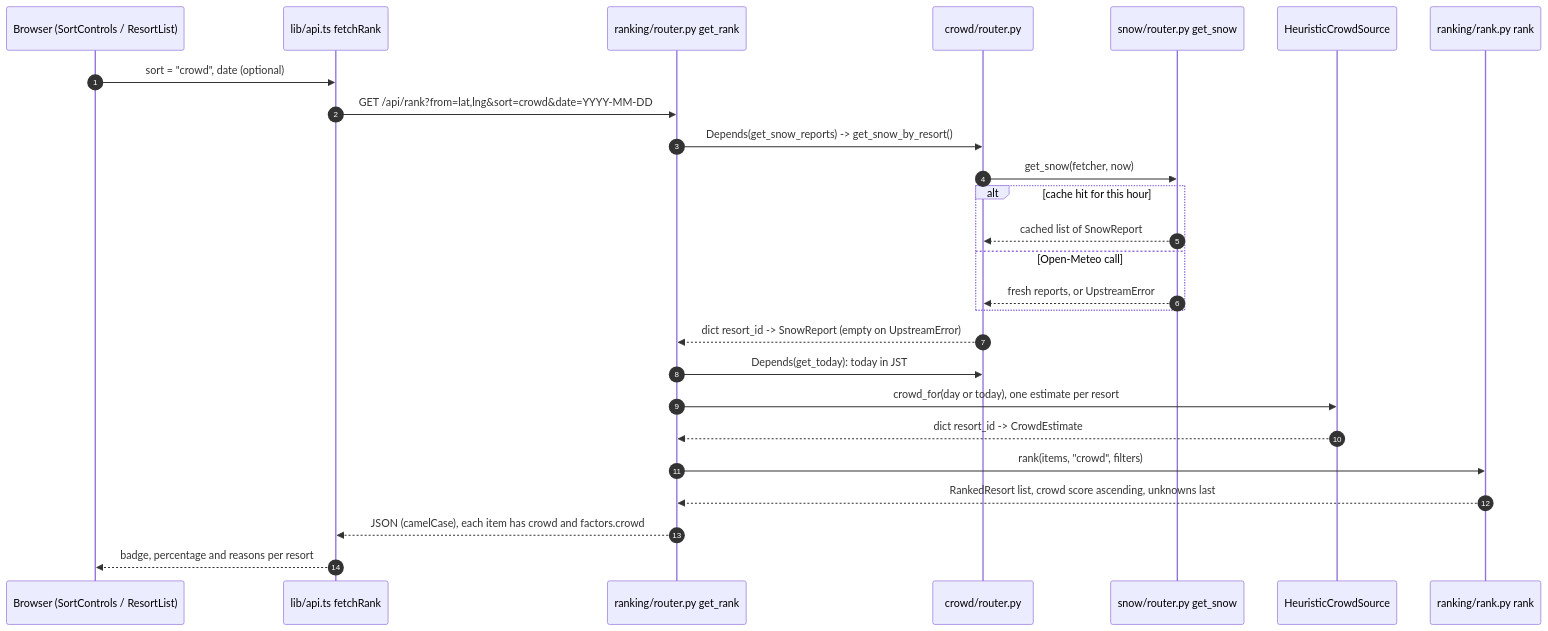
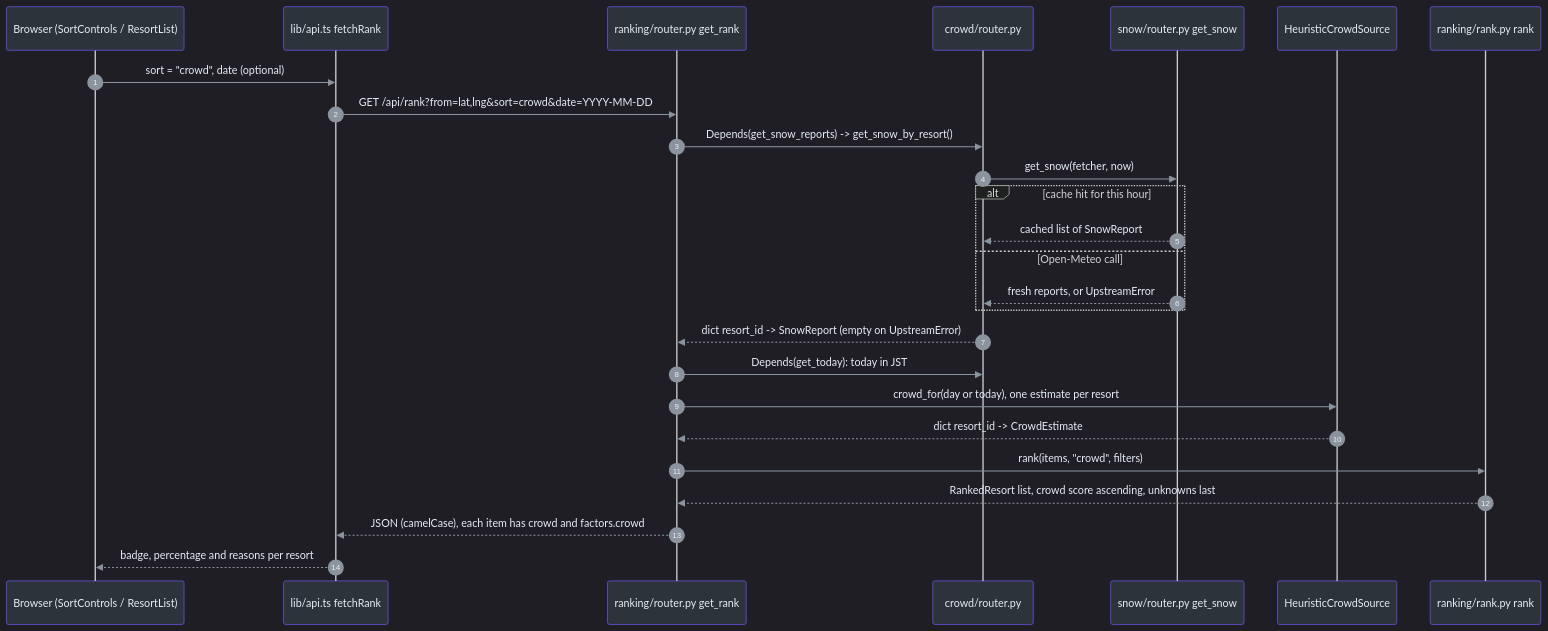
The third of 4 diagrams in docs/wiki/04-crowd/crowd-level.md (r03922123/jp_ski_map), drawn with Mermaid before and after one commit. The commit also changed other lines of this file and 3 other files, not shown here.

````diff
--- a/docs/wiki/04-crowd/crowd-level.md
+++ b/docs/wiki/04-crowd/crowd-level.md
@@ -202,28 +202,29 @@
 ```mermaid
+%%{init: {'theme':'dark', 'themeVariables': {'actorBkg':'#2d333b','actorBorder':'#6d5dfc','actorTextColor':'#e6edf3','signalColor':'#8b949e','signalTextColor':'#e6edf3','noteBkgColor':'#161b22','noteBorderColor':'#30363d','noteTextColor':'#e6edf3','sequenceNumberColor':'#e6edf3'}}}%%
 sequenceDiagram
   autonumber
   participant U as Browser (SortControls / ResortList)
   participant A as lib/api.ts fetchRank
   participant RR as ranking/router.py get_rank
   participant CR as crowd/router.py
   participant S as snow/router.py get_snow
   participant H as HeuristicCrowdSource
   participant RK as ranking/rank.py rank
   U->>A: sort = "crowd", date (optional)
   A->>RR: GET /api/rank?from=lat,lng&sort=crowd&date=YYYY-MM-DD
   RR->>CR: Depends(get_snow_reports) -> get_snow_by_resort()
   CR->>S: get_snow(fetcher, now)
   alt cache hit for this hour
     S-->>CR: cached list of SnowReport
   else Open-Meteo call
     S-->>CR: fresh reports, or UpstreamError
   end
   CR-->>RR: dict resort_id -> SnowReport (empty on UpstreamError)
   RR->>CR: Depends(get_today): today in JST
   RR->>H: crowd_for(day or today), one estimate per resort
   H-->>RR: dict resort_id -> CrowdEstimate
   RR->>RK: rank(items, "crowd", filters)
   RK-->>RR: RankedResort list, crowd score ascending, unknowns last
   RR-->>A: JSON (camelCase), each item has crowd and factors.crowd
   A-->>U: badge, percentage and reasons per resort
 ```
````
